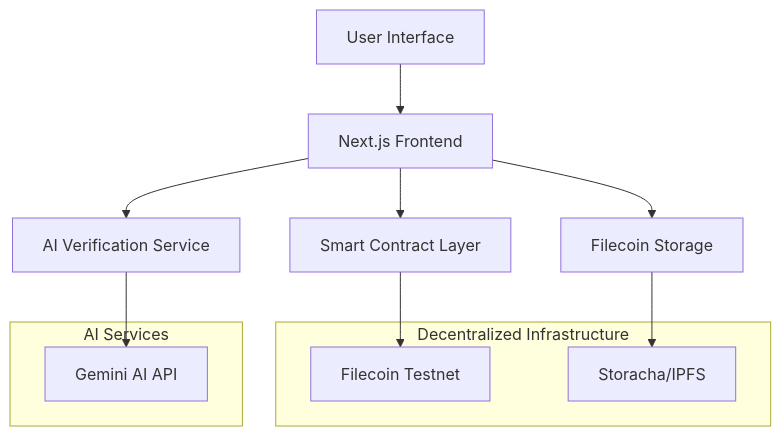
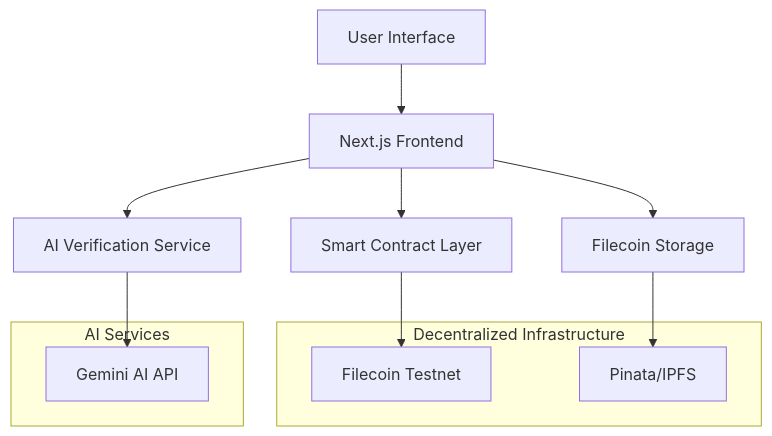
The diagram in README.md (Nebulaz7/Dallnk), drawn with Mermaid before and after one commit. The commit also changed other lines of this file and 10 other files, not shown here.

Commit message:
Removed storacha storage and switched to pinata storage, updated gemini model, change the smart contract to make it work now the person that crated the bounty can verify the data, Improved the user interface and overall flow

````diff
--- a/README.md
+++ b/README.md
@@ -37,20 +37,20 @@
 ```mermaid
 graph TB
     A[User Interface] --> B[Next.js Frontend]
     B --> C[Smart Contract Layer]
     B --> D[AI Verification Service]
     B --> E[Filecoin Storage]
 
     C --> F[Filecoin Testnet]
     D --> G[Gemini AI API]
-    E --> H[Storacha/IPFS]
+    E --> H[Pinata/IPFS]
 
     subgraph "Decentralized Infrastructure"
         F
         H
     end
 
     subgraph "AI Services"
         G
     end
 ```
````
